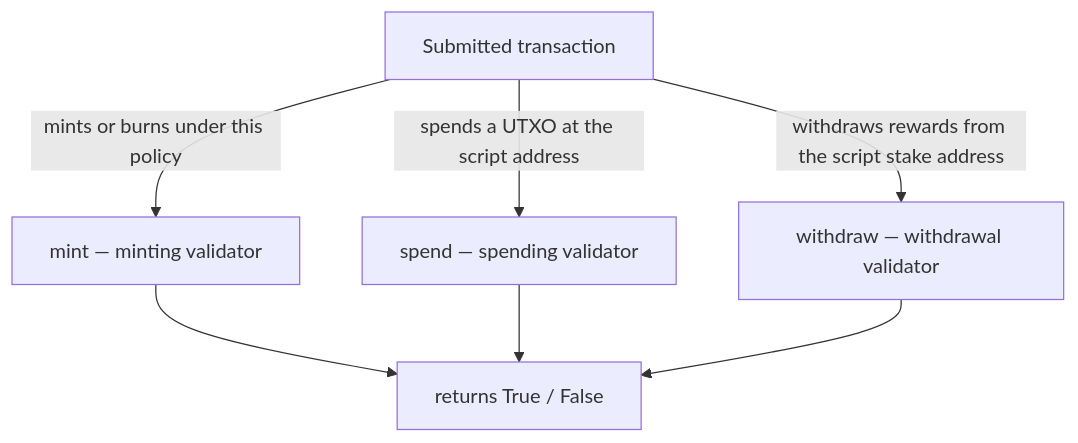
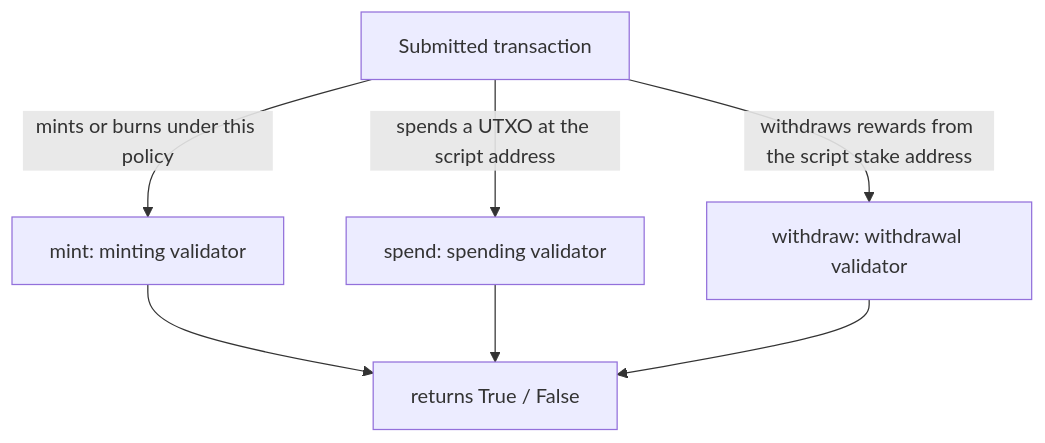
One commit to cardano-foundation/developer-portal changed the diagram in docs/build/smart-contracts/write-a-validator.md. Above: the diagram before and after it, drawn with Mermaid. The commit also changed other lines of this file and 3 other files, not shown here.

````diff
--- a/docs/build/smart-contracts/write-a-validator.md
+++ b/docs/build/smart-contracts/write-a-validator.md
@@ -29,10 +29,10 @@
 ```mermaid
 flowchart TD
     TX["Submitted transaction"]
-    TX -->|"mints or burns under this policy"| MINT["mint — minting validator"]
-    TX -->|"spends a UTXO at the script address"| SPEND["spend — spending validator"]
-    TX -->|"withdraws rewards from the script stake address"| WITHDRAW["withdraw — withdrawal validator"]
+    TX -->|"mints or burns under this policy"| MINT["mint: minting validator"]
+    TX -->|"spends a UTXO at the script address"| SPEND["spend: spending validator"]
+    TX -->|"withdraws rewards from the script stake address"| WITHDRAW["withdraw: withdrawal validator"]
     MINT --> R["returns True / False"]
     SPEND --> R
     WITHDRAW --> R
 ```
````
